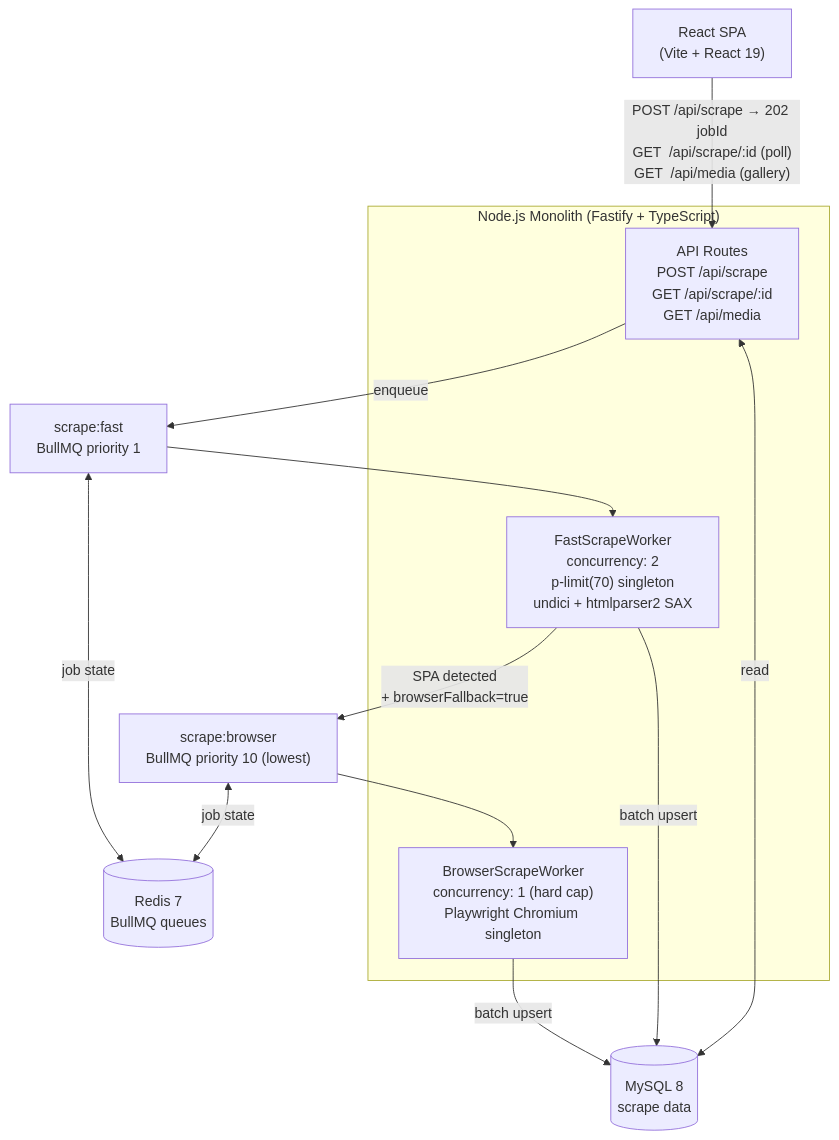
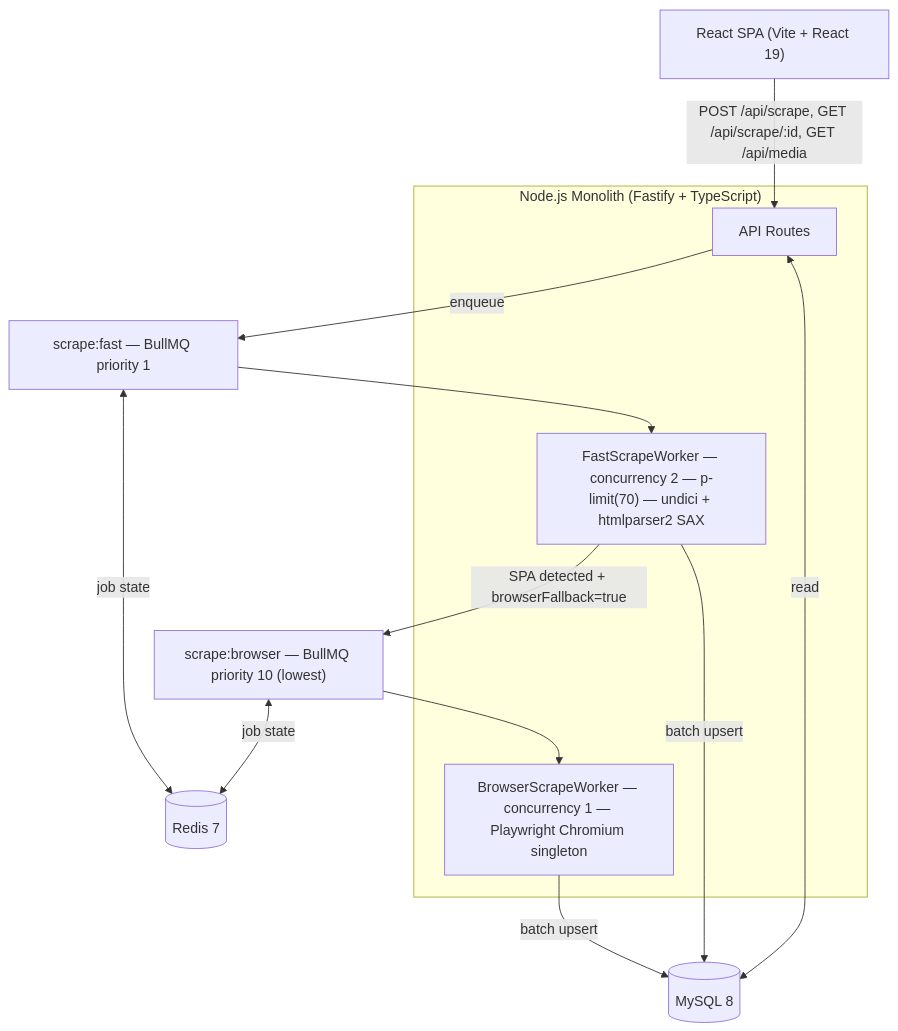
Before and after one commit to jackpham1510/media-scraper: the first of 2 diagrams in README.md, drawn with Mermaid.

Commit message:
docs: fix mermaid diagram node labels, replace \n with dashes

````diff
--- a/README.md
+++ b/README.md
@@ -34,26 +34,26 @@
 ```mermaid
 flowchart TD
-    Client["React SPA\n(Vite + React 19)"]
+    Client["React SPA (Vite + React 19)"]
 
     subgraph API ["Node.js Monolith (Fastify + TypeScript)"]
-        Routes["API Routes\nPOST /api/scrape\nGET  /api/scrape/:id\nGET  /api/media"]
-        FastWorker["FastScrapeWorker\nconcurrency: 2\np-limit(70) singleton\nundici + htmlparser2 SAX"]
-        BrowserWorker["BrowserScrapeWorker\nconcurrency: 1 (hard cap)\nPlaywright Chromium singleton"]
+        Routes["API Routes"]
+        FastWorker["FastScrapeWorker — concurrency 2 — p-limit(70) — undici + htmlparser2 SAX"]
+        BrowserWorker["BrowserScrapeWorker — concurrency 1 — Playwright Chromium singleton"]
     end
 
-    FastQ["scrape:fast\nBullMQ priority 1"]
-    BrowserQ["scrape:browser\nBullMQ priority 10 (lowest)"]
+    FastQ["scrape:fast — BullMQ priority 1"]
+    BrowserQ["scrape:browser — BullMQ priority 10 (lowest)"]
 
-    MySQL[("MySQL 8\nscrape data")]
-    Redis[("Redis 7\nBullMQ queues")]
+    MySQL[("MySQL 8")]
+    Redis[("Redis 7")]
 
-    Client -->|"POST /api/scrape → 202 jobId\nGET  /api/scrape/:id (poll)\nGET  /api/media (gallery)"| Routes
+    Client -->|"POST /api/scrape, GET /api/scrape/:id, GET /api/media"| Routes
     Routes -->|enqueue| FastQ
     FastQ --> FastWorker
-    FastWorker -->|"SPA detected\n+ browserFallback=true"| BrowserQ
+    FastWorker -->|"SPA detected + browserFallback=true"| BrowserQ
     BrowserQ --> BrowserWorker
     FastWorker -->|batch upsert| MySQL
     BrowserWorker -->|batch upsert| MySQL
     FastQ & BrowserQ <-->|job state| Redis
     Routes <-->|read| MySQL
 ```
````
